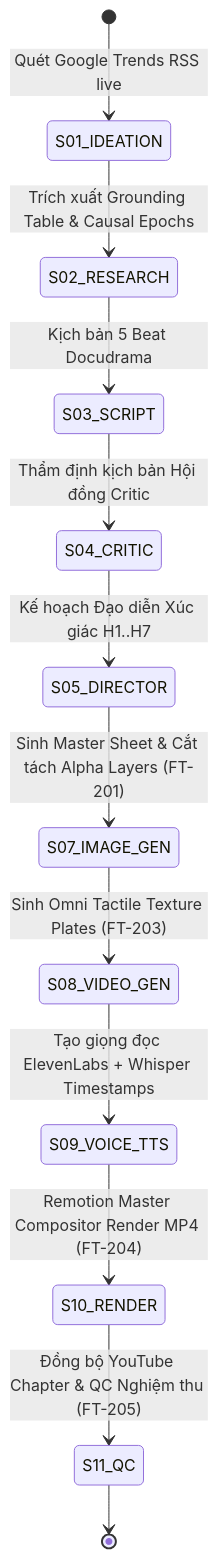
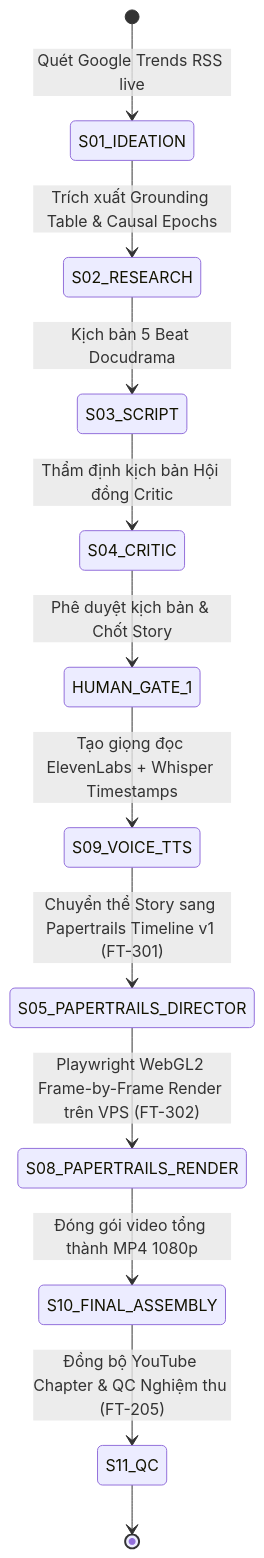
Before and after one commit to hoangdinhhungueh-droid/AI_Vifactory: the diagram in .harness/01_CONTRACTS.md, drawn with Mermaid. The commit also changed other lines of this file and 90 other files, not shown here.

````diff
--- a/.harness/01_CONTRACTS.md
+++ b/.harness/01_CONTRACTS.md
@@ -10,14 +10,14 @@
 ```mermaid
 stateDiagram-v2
     [*] --> S01_IDEATION : Quét Google Trends RSS live
     S01_IDEATION --> S02_RESEARCH : Trích xuất Grounding Table & Causal Epochs
     S02_RESEARCH --> S03_SCRIPT : Kịch bản 5 Beat Docudrama
     S03_SCRIPT --> S04_CRITIC : Thẩm định kịch bản Hội đồng Critic
-    S04_CRITIC --> S05_DIRECTOR : Kế hoạch Đạo diễn Xúc giác H1..H7
-    S05_DIRECTOR --> S07_IMAGE_GEN : Sinh Master Sheet & Cắt tách Alpha Layers (FT-201)
-    S07_IMAGE_GEN --> S08_VIDEO_GEN : Sinh Omni Tactile Texture Plates (FT-203)
-    S08_VIDEO_GEN --> S09_VOICE_TTS : Tạo giọng đọc ElevenLabs + Whisper Timestamps
-    S09_VOICE_TTS --> S10_RENDER : Remotion Master Compositor Render MP4 (FT-204)
-    S10_RENDER --> S11_QC : Đồng bộ YouTube Chapter & QC Nghiệm thu (FT-205)
+    S04_CRITIC --> HUMAN_GATE_1 : Phê duyệt kịch bản & Chốt Story
+    HUMAN_GATE_1 --> S09_VOICE_TTS : Tạo giọng đọc ElevenLabs + Whisper Timestamps
+    S09_VOICE_TTS --> S05_PAPERTRAILS_DIRECTOR : Chuyển thể Story sang Papertrails Timeline v1 (FT-301)
+    S05_PAPERTRAILS_DIRECTOR --> S08_PAPERTRAILS_RENDER : Playwright WebGL2 Frame-by-Frame Render trên VPS (FT-302)
+    S08_PAPERTRAILS_RENDER --> S10_FINAL_ASSEMBLY : Đóng gói video tổng thành MP4 1080p
+    S10_FINAL_ASSEMBLY --> S11_QC : Đồng bộ YouTube Chapter & QC Nghiệm thu (FT-205)
     S11_QC --> [*]
 ```
````
